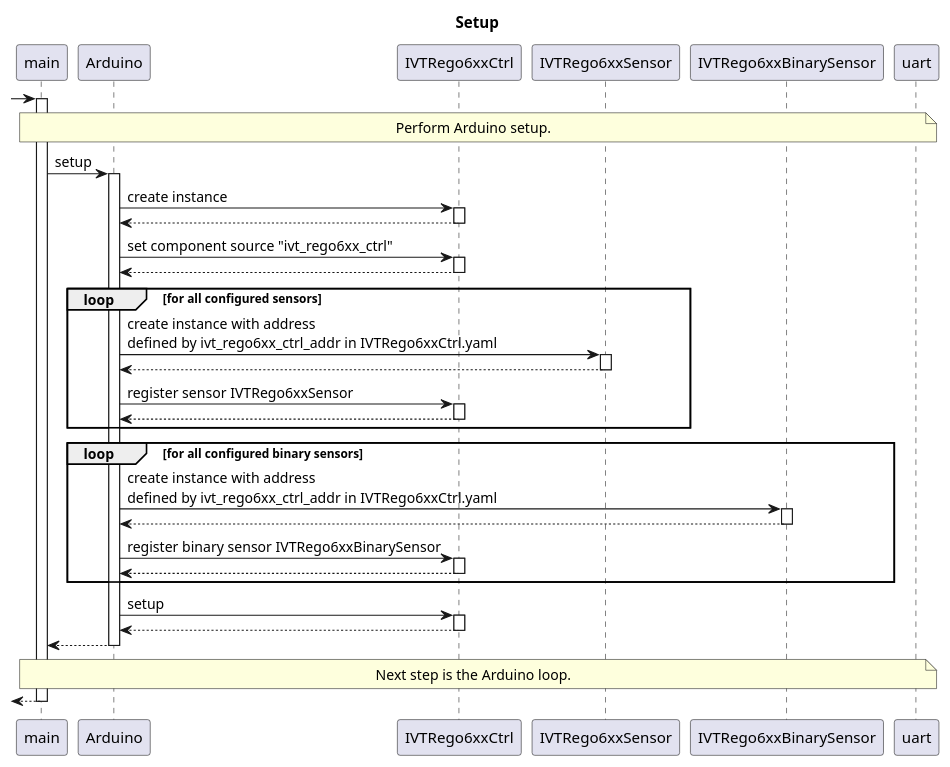
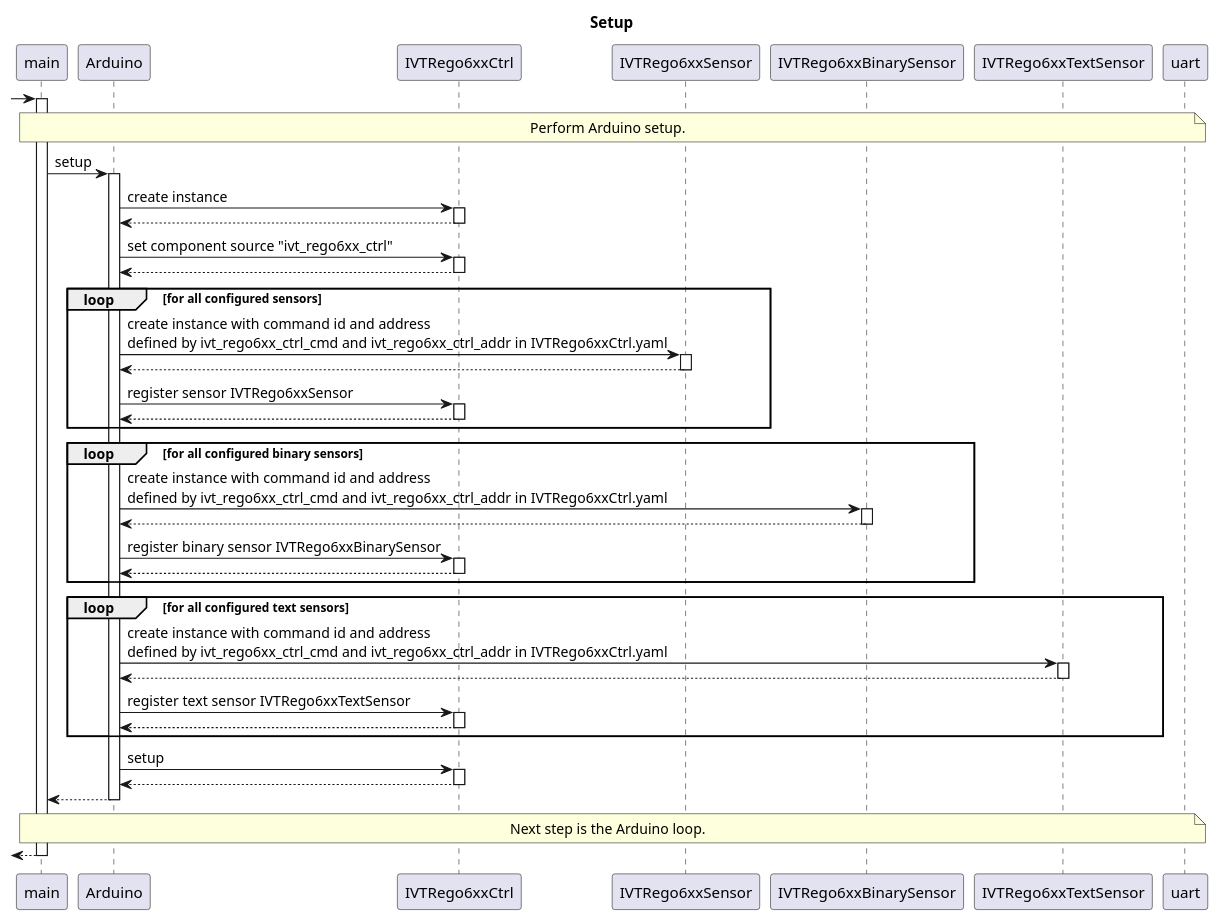
One commit to BlueAndi/IVTRego6xxControl changed the diagram in doc/sw-architecture/setup.puml. Above: the diagram before and after it, drawn with PlantUML.

Commit message:
SW-architecture setup sequence updated with text sensors.

```diff
--- a/doc/sw-architecture/setup.puml
+++ b/doc/sw-architecture/setup.puml
@@ -1,49 +1,57 @@
 @startuml setup
 
 title Setup
 
 participant "main" as main
 participant "Arduino" as arduino
 participant "IVTRego6xxCtrl" as ivtRego6xxCtrl
 participant "IVTRego6xxSensor" as ivtRego6xxSensor
 participant "IVTRego6xxBinarySensor" as ivtRego6xxBinarySensor
+participant "IVTRego6xxTextSensor" as ivtRego6xxTextSensor
 
 autoactivate on
 
 -> main
 
     note over main,uart
         Perform Arduino setup.
     end note
 
     main -> arduino: setup
         arduino -> ivtRego6xxCtrl: create instance
         arduino <-- ivtRego6xxCtrl
         arduino -> ivtRego6xxCtrl: set component source "ivt_rego6xx_ctrl"
         arduino <-- ivtRego6xxCtrl
 
         loop for all configured sensors
-            arduino -> ivtRego6xxSensor: create instance with address\ndefined by ivt_rego6xx_ctrl_addr in IVTRego6xxCtrl.yaml
+            arduino -> ivtRego6xxSensor: create instance with command id and address\ndefined by ivt_rego6xx_ctrl_cmd and ivt_rego6xx_ctrl_addr in IVTRego6xxCtrl.yaml
             arduino <-- ivtRego6xxSensor
             arduino -> ivtRego6xxCtrl: register sensor IVTRego6xxSensor
             arduino <-- ivtRego6xxCtrl
         end
 
         loop for all configured binary sensors
-            arduino -> ivtRego6xxBinarySensor: create instance with address\ndefined by ivt_rego6xx_ctrl_addr in IVTRego6xxCtrl.yaml
+            arduino -> ivtRego6xxBinarySensor: create instance with command id and address\ndefined by ivt_rego6xx_ctrl_cmd and ivt_rego6xx_ctrl_addr in IVTRego6xxCtrl.yaml
             arduino <-- ivtRego6xxBinarySensor
             arduino -> ivtRego6xxCtrl: register binary sensor IVTRego6xxBinarySensor
+            arduino <-- ivtRego6xxCtrl
+        end
+
+        loop for all configured text sensors
+            arduino -> ivtRego6xxTextSensor: create instance with command id and address\ndefined by ivt_rego6xx_ctrl_cmd and ivt_rego6xx_ctrl_addr in IVTRego6xxCtrl.yaml
+            arduino <-- ivtRego6xxTextSensor
+            arduino -> ivtRego6xxCtrl: register text sensor IVTRego6xxTextSensor
             arduino <-- ivtRego6xxCtrl
         end
 
         arduino -> ivtRego6xxCtrl: setup
         arduino <-- ivtRego6xxCtrl
     main <-- arduino
 
     note over main,uart
         Next step is the Arduino loop.
     end note
 
 <-- main
 
 @enduml
```
